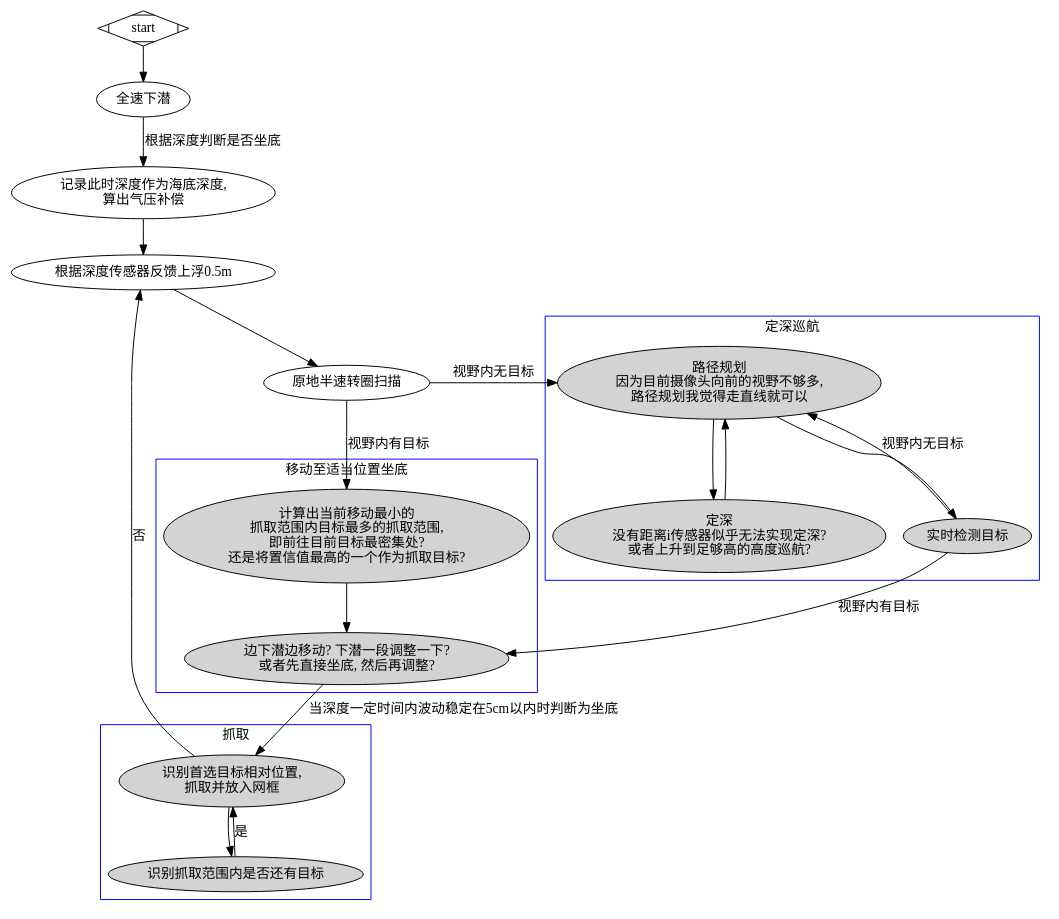
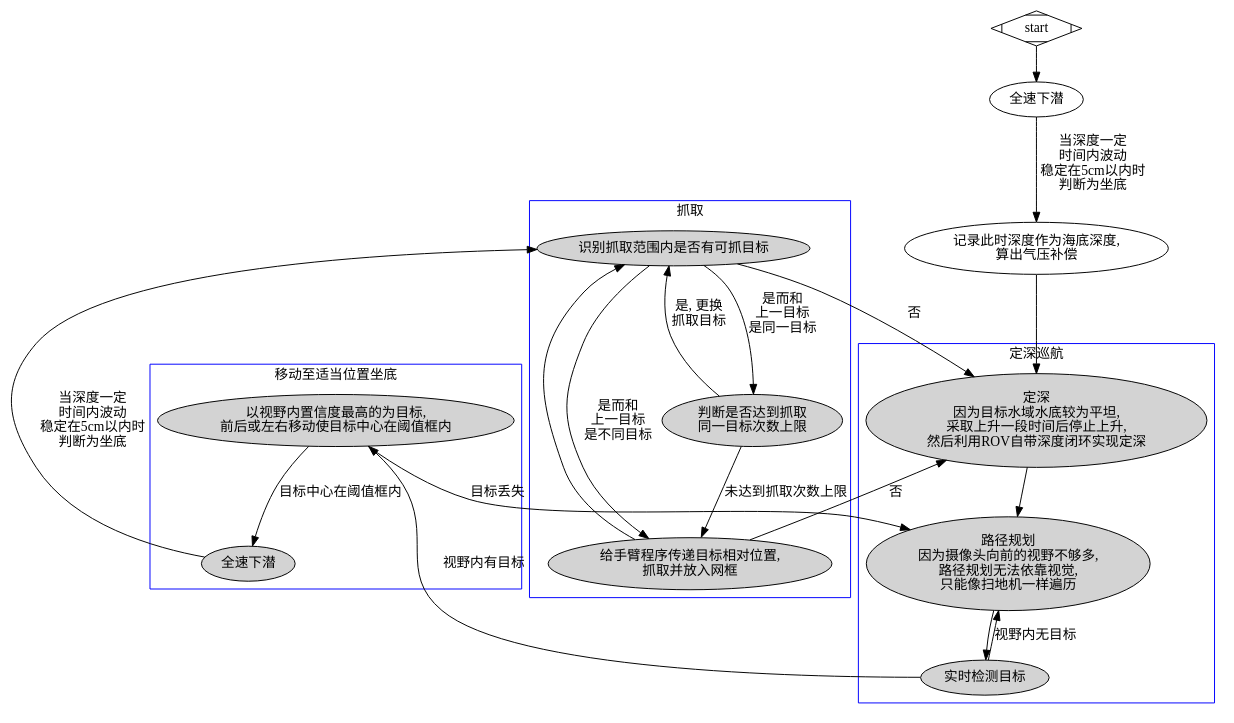
Before and after one commit to LeoJhonSong/Soft-Robotic-ROV: the diagram in 抓取流程.dot, drawn with Graphviz. The commit also changed 5 other files, not shown here.

```diff
--- a/抓取流程.dot
+++ b/抓取流程.dot
@@ -1,48 +1,47 @@
 digraph G {
 
   subgraph cluster_0 {
     node [style=filled;]
-    a[label="边下潜边移动? 下潜一段调整一下?\n或者先直接坐底, 然后再调整?"]
-    b[label="计算出当前移动最小的\n抓取范围内目标最多的抓取范围,\n即前往目前目标最密集处?\n还是将置信值最高的一个作为抓取目标?"]
-    b -> a
+    a[label="全速下潜"]
+    b[label="以视野内置信度最高的为目标,\n前后或左右移动使目标中心在阈值框内"]
+    b -> a[label="目标中心在阈值框内"]
     label = "移动至适当位置坐底";
     color=blue
   }
-  k -> b[label="视野内有目标"]
   subgraph cluster_1 {
     node [style=filled]
-    c[label="路径规划\n因为目前摄像头向前的视野不够多,\n路径规划我觉得走直线就可以"]
-    d[label="定深\n没有距离i传感器似乎无法实现定深?\n或者上升到足够高的高度巡航?"]
-    c -> d
+    c[label="路径规划\n因为摄像头向前的视野不够多,\n路径规划无法依靠视觉,\n只能像扫地机一样遍历"]
+    d[label="定深\n因为目标水域水底较为平坦,\n采取上升一段时间后停止上升,\n然后利用ROV自带深度闭环实现定深"]
     d -> c
     l[label="实时检测目标"]
     l -> c[label="视野内无目标"]
     c -> l
-    l -> a[label="视野内有目标"]
+    l -> b[label="视野内有目标"]
+    b -> c[label="目标丢失"]
     label = "定深巡航";
     color=blue
   }
   subgraph cluster_2 {
     node [style=filled];
-    a -> e[label="当深度一定时间内波动稳定在5cm以内时判断为坐底"]
-    f -> e[label="是"]
-    e[label="识别首选目标相对位置,\n抓取并放入网框"]
-    f[label="识别抓取范围内是否还有目标"]
+    a -> f[label="当深度一定\n时间内波动\n稳定在5cm以内时\n判断为坐底"]
+    f -> e[label="是而和\n上一目标\n是不同目标"]
+    e[label="给手臂程序传递目标相对位置,\n抓取并放入网框"]
+    f[label="识别抓取范围内是否有可抓目标"]
+    i[label="判断是否达到抓取\n同一目标次数上限"]
+    f -> i[label="是而和\n上一目标\n是同一目标"]
     e-> f
+    i -> e[label="未达到抓取次数上限"]
+    i -> f[label="是, 更换\n抓取目标"]
     label = "抓取";
     color=blue
   }
   start -> g
   g[label="全速下潜"]
-  g -> h[label="根据深度判断是否坐底"]
+  g -> h[label="当深度一定\n时间内波动\n稳定在5cm以内时\n判断为坐底"]
   h[label="记录此时深度作为海底深度,\n算出气压补偿"]
-  h -> i
-  e -> i[label="否"]
-  i[label="根据深度传感器反馈上浮0.5m"]
-
-  i -> k
-  k[label="原地半速转圈扫描"]
-  k -> c[label="视野内无目标"]
+  h -> d
+  f -> d[label="否"]
+  e -> d[label="否"]
 
   start [shape=Mdiamond];
 }
```
